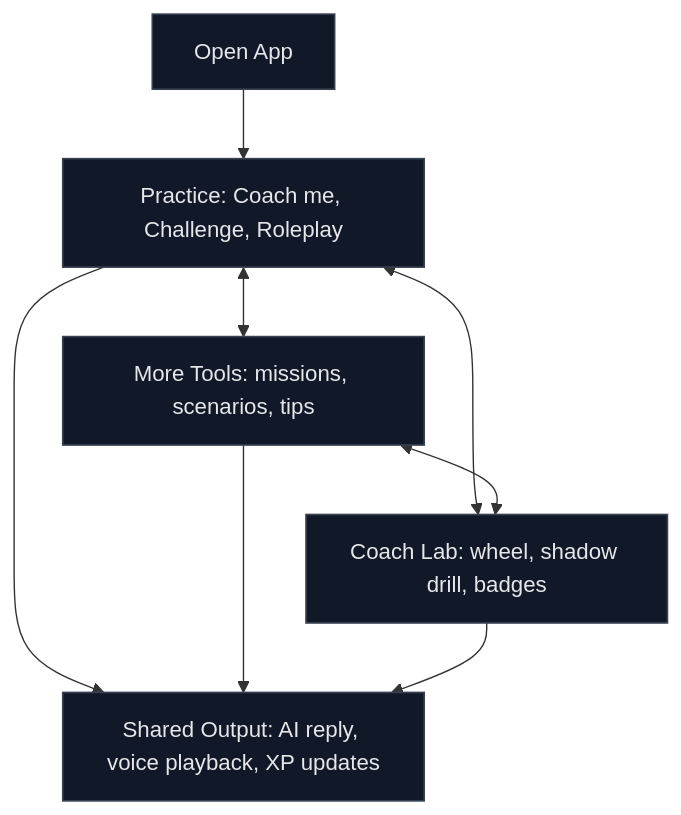
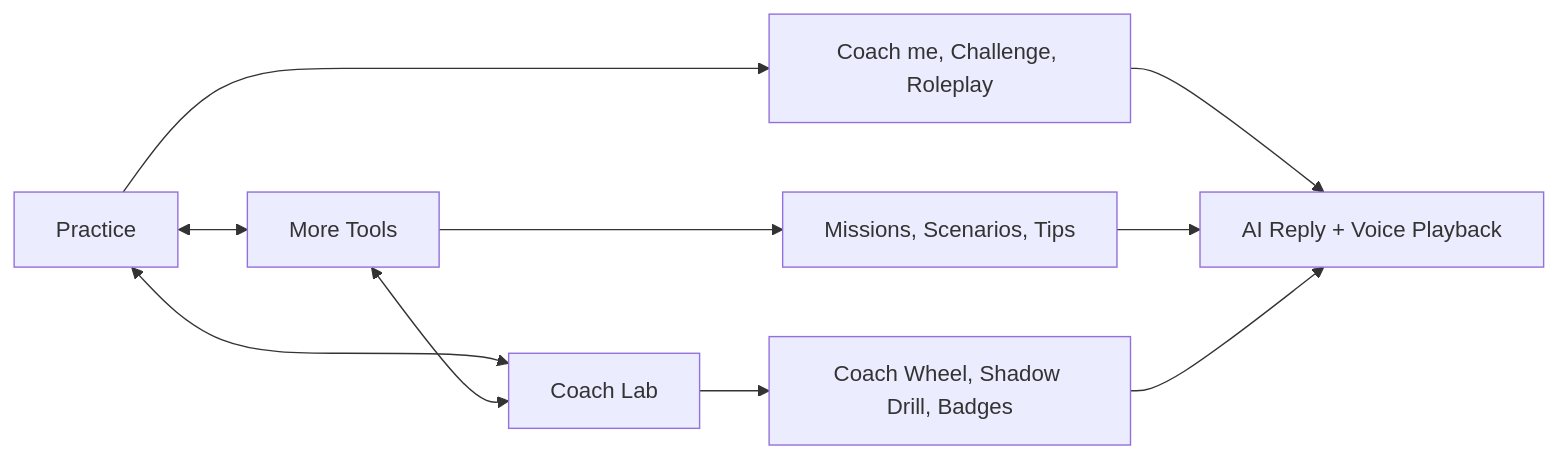
The second of 2 diagrams in README.md (athiq2u/MoonSpeak-AI), drawn with Mermaid before and after one commit. The commit also changed other lines of this file, not shown here.

Commit message:
docs: restore old system and landscape workspace flowcharts

````diff
--- a/README.md
+++ b/README.md
@@ -337,19 +356,18 @@
 ```mermaid
-flowchart TB
-  N[Open App]
-  P[Practice: Coach me, Challenge, Roleplay]
-  M[More Tools: missions, scenarios, tips]
-  L[Coach Lab: wheel, shadow drill, badges]
-  O[Shared Output: AI reply, voice playback, XP updates]
+flowchart LR
+  P[Practice]
+  M[More Tools]
+  C[Coach Lab]
 
-  N --> P
   P <--> M
-  P <--> L
-  M <--> L
-  P --> O
-  M --> O
-  L --> O
+  P <--> C
+  M <--> C
 
-  classDef dark fill:#111827,stroke:#374151,color:#E5E7EB,stroke-width:1.2px;
-  class N,P,M,L,O dark;
+  P --> A1[Coach me, Challenge, Roleplay]
+  M --> A2[Missions, Scenarios, Tips]
+  C --> A3[Coach Wheel, Shadow Drill, Badges]
+
+  A1 --> OUT[AI Reply + Voice Playback]
+  A2 --> OUT
+  A3 --> OUT
 ```
````
